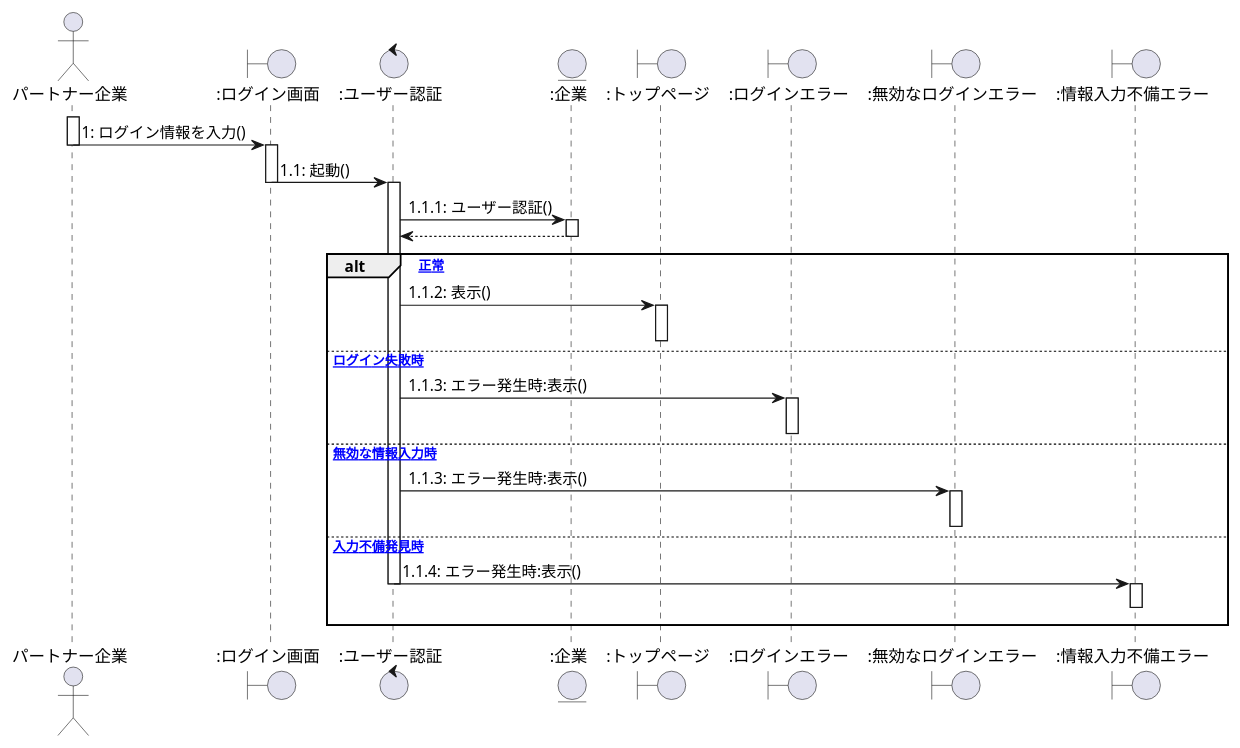
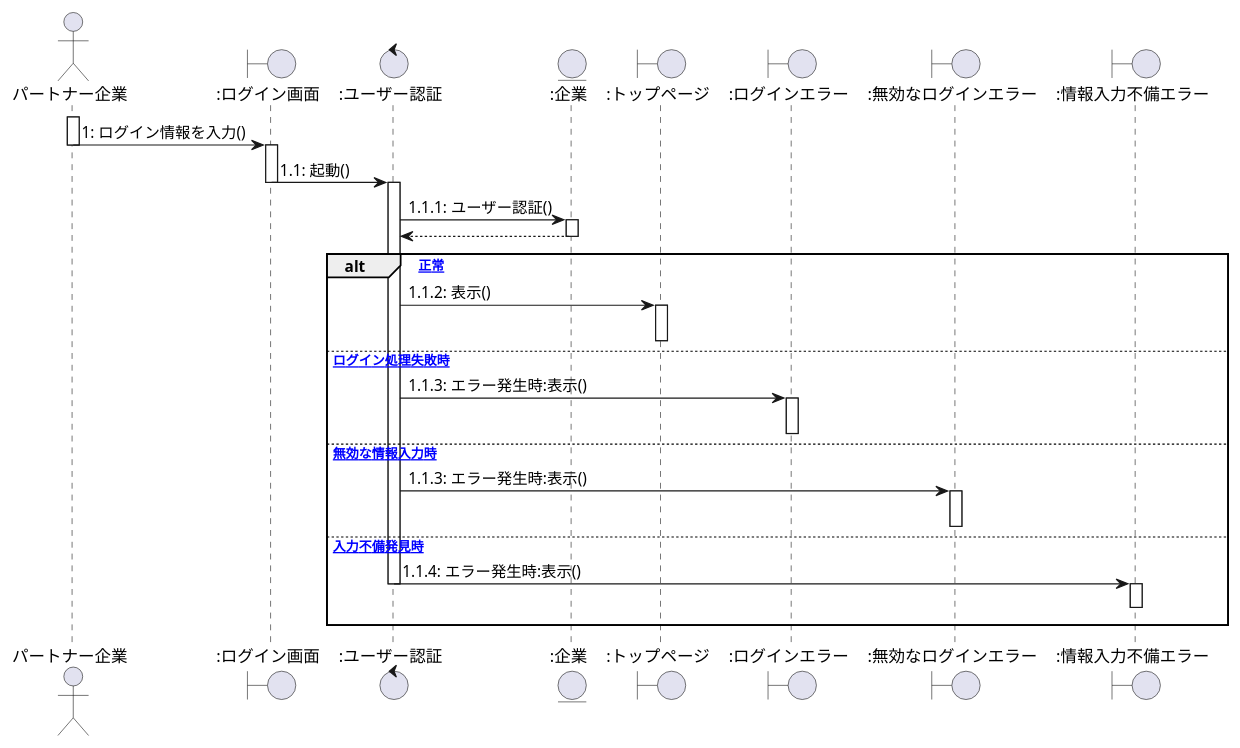
Before and after one commit to ksw2270227/GroupF: the second of 10 diagrams in client_sequence.plantuml, drawn with PlantUML. The commit also changed other lines of this file and 1 other file, not shown here.

```diff
--- a/client_sequence.plantuml
+++ b/client_sequence.plantuml
@@ -46,48 +46,47 @@
 @startuml ログイン
 
 
 actor パートナー企業 as 0
 Boundary ":ログイン画面" as a
 Control ":ユーザー認証" as b
 Entity ":企業" as c
 Boundary ":トップページ" as d
 Boundary ":ログインエラー" as e
 Boundary ":無効なログインエラー" as g
 Boundary ":情報入力不備エラー" as f
-
 
 activate 0
     0 -> a :1: ログイン情報を入力()
 deactivate 0
 
 activate a
     a -> b :1.1: 起動()
 deactivate a
 
 activate b
     b -> c :1.1.1: ユーザー認証()
 activate c
     b <-- c
 deactivate c
 
 alt [正常]
     b -> d :1.1.2: 表示()
 activate d
 deactivate d
-else [ログイン失敗時]
+else [ログイン処理失敗時]
     b -> e :1.1.3: エラー発生時:表示()
 activate e
 deactivate e
 else [無効な情報入力時]
     b -> g :1.1.3: エラー発生時:表示()
 activate g
 deactivate g
 else [入力不備発見時]
     b -> f :1.1.4: エラー発生時:表示()
 deactivate b
 activate f
 f -[hidden]-> f
 deactivate f
 end
 
 @enduml
```
